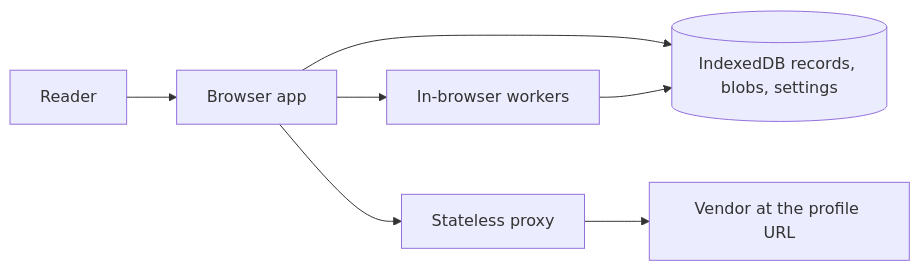
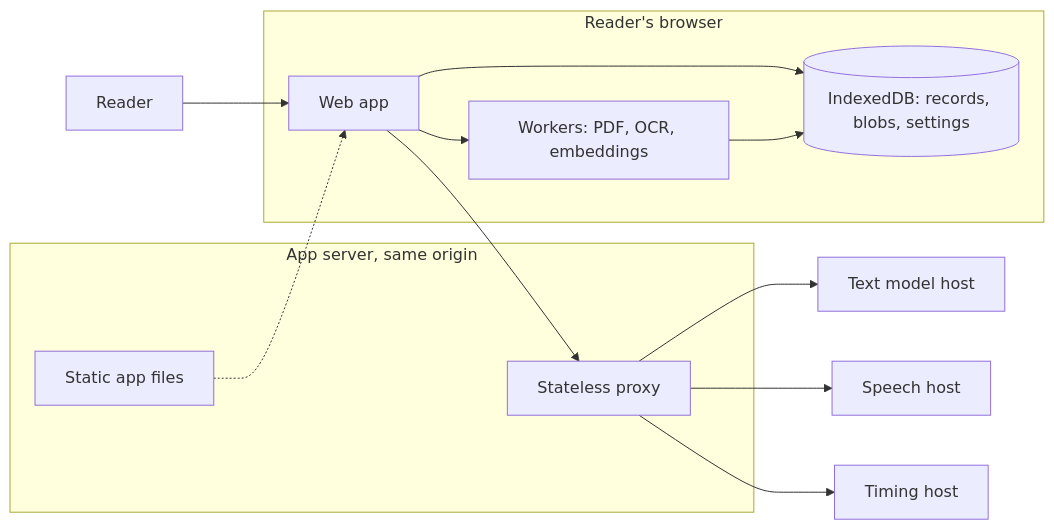
One commit to manishsharma004/open-book-reader changed the second of 6 diagrams in specs/discussion/DESIGN.md. Above: the diagram before and after it, drawn with Mermaid. The commit also changed other lines of this file and 6 other files, not shown here.

````diff
--- a/specs/discussion/DESIGN.md
+++ b/specs/discussion/DESIGN.md
@@ -103,16 +120,26 @@
 ```mermaid
 flowchart LR
   reader[Reader]
-  app[Browser app]
-  workers[In-browser workers]
-  idb[("IndexedDB records, blobs, settings")]
-  proxy[Stateless proxy]
-  vendor[Vendor at the profile URL]
+  subgraph device[Reader's browser]
+    app[Web app]
+    workers[Workers: PDF, OCR, embeddings]
+    idb[("IndexedDB: records, blobs, settings")]
+  end
+  subgraph server[App server, same origin]
+    static[Static app files]
+    proxy[Stateless proxy]
+  end
+  text[Text model host]
+  speech[Speech host]
+  timing[Timing host]
 
   reader --> app
   app --> workers
   app --> idb
   workers --> idb
+  static -.-> app
   app --> proxy
-  proxy --> vendor
+  proxy --> text
+  proxy --> speech
+  proxy --> timing
 ```
````
